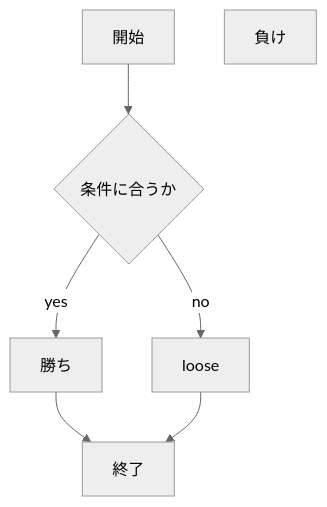
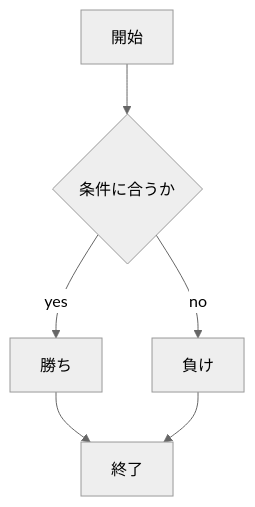
The second of 2 diagrams in README.md (Kyanaumi/webpro_06), drawn with Mermaid (neutral theme) before and after one commit.

Commit message:
内容の追加

````diff
--- a/README.md
+++ b/README.md
@@ -23,15 +23,15 @@
 ```mermaid
 flowchart TD;
 
 start["開始"];
 end1["終了"]
 if{"条件に合うか"}
 win["勝ち"]
-loode["負け"]
+loose["負け"]
 
 start --> if
 if -->|yes| win
 win --> end1
 if -->|no| loose
 loose--> end1
 ```
````
